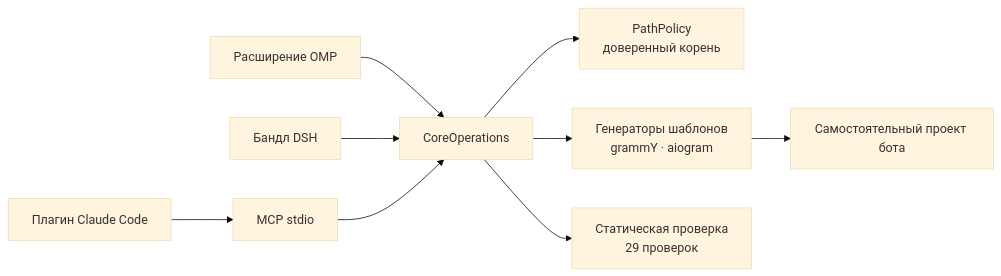
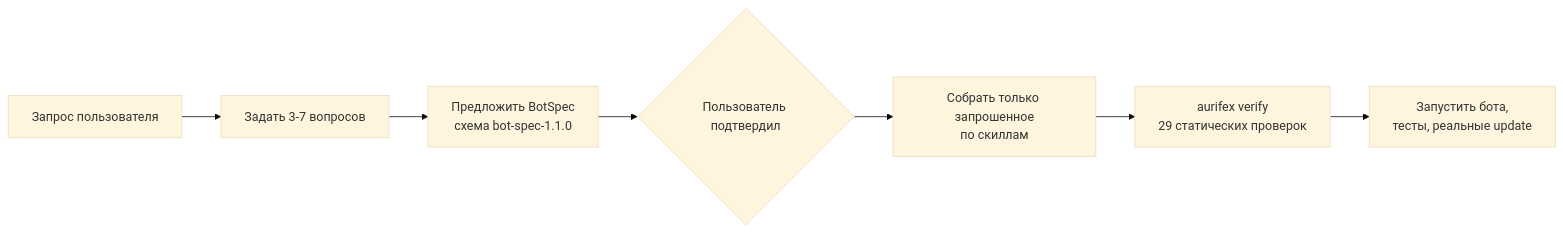
Before and after one commit to lukavtz/aurifex: the diagram in README.ru.md, drawn with Mermaid (base theme). The commit also changed other lines of this file and 331 other files, not shown here.

````diff
--- a/README.ru.md
+++ b/README.ru.md
@@ -88,11 +95,9 @@
 ```mermaid
 flowchart LR
-  OMP[Расширение OMP] --> CORE[CoreOperations]
-  DSH[Бандл DSH] --> CORE
-  MCP[MCP stdio] --> CORE
-  CC[Плагин Claude Code] --> MCP
-  CORE --> POLICY[PathPolicy<br/>доверенный корень]
-  CORE --> TPL[Генераторы шаблонов<br/>grammY · aiogram]
-  CORE --> CHECK[Статическая проверка<br/>29 проверок]
-  TPL --> BOT[Самостоятельный проект бота]
+  REQ[Запрос пользователя] --> ASK[Задать 3-7 вопросов]
+  ASK --> SPEC[Предложить BotSpec<br/>схема bot-spec-1.1.0]
+  SPEC --> OK{Пользователь подтвердил}
+  OK --> BUILD[Собрать только запрошенное<br/>по скиллам]
+  BUILD --> VERIFY[aurifex verify<br/>29 статических проверок]
+  VERIFY --> PROOF[Запустить бота,<br/>тесты, реальные update]
 ```
````
